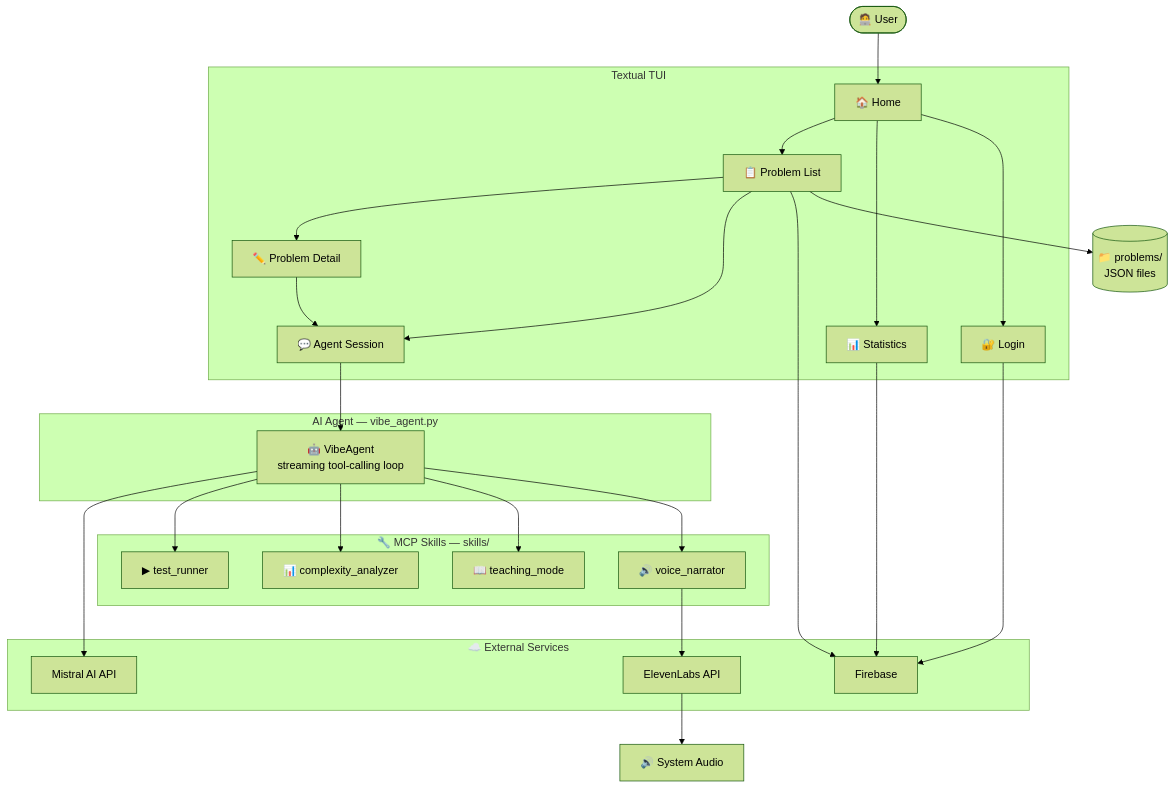
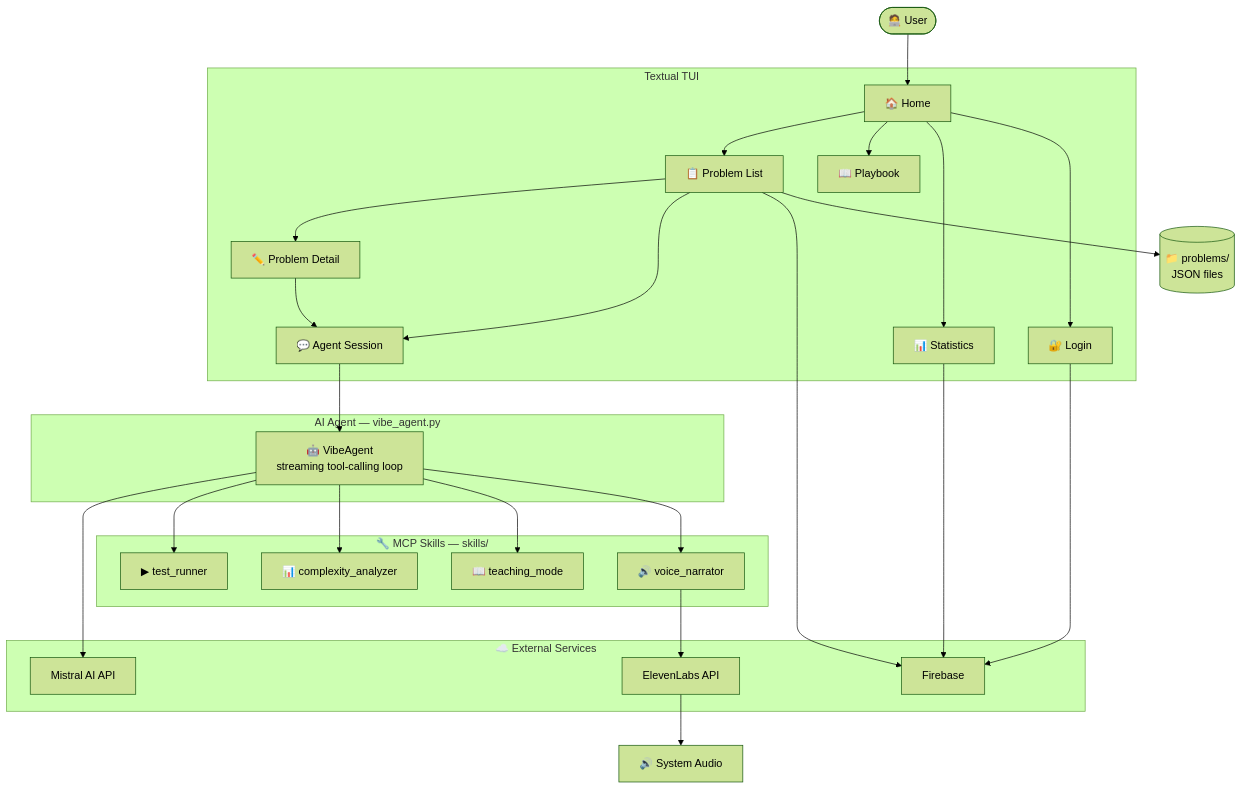
Before and after one commit to Hiba-Chaabnia/LeetVibe: the third of 7 diagrams in README.md, drawn with Mermaid (forest theme). The commit also changed other lines of this file and 70 other files, not shown here.

````diff
--- a/README.md
+++ b/README.md
@@ -224,46 +268,47 @@
 ```mermaid
 graph TD
     User(["🧑‍💻 User"])
 
     subgraph TUI["Textual TUI"]
         Home["🏠 Home"]
         ProblemList["📋 Problem List"]
         Detail["✏️ Problem Detail"]
         AgentSession["💬 Agent Session"]
+        Playbook["📖 Playbook"]
         Stats["📊 Statistics"]
         Login["🔐 Login"]
     end
 
     subgraph Agent["AI Agent — vibe_agent.py"]
         VibeAgent["🤖 VibeAgent\nstreaming tool-calling loop"]
     end
 
     subgraph Skills["🔧 MCP Skills — skills/"]
         TestRunner["▶ test_runner"]
         Complexity["📊 complexity_analyzer"]
         Teaching["📖 teaching_mode"]
         Voice["🔊 voice_narrator"]
     end
 
     subgraph External["☁️ External Services"]
         MistralAPI["Mistral AI API"]
         ElevenLabsAPI["ElevenLabs API"]
         FirestoreDB["Firebase"]
     end
 
     Problems[("📁 problems/\nJSON files")]
     Audio["🔊 System Audio"]
 
     User --> Home
-    Home --> ProblemList & Stats & Login
+    Home --> ProblemList & Playbook & Stats & Login
     ProblemList --> Detail & AgentSession
     Detail --> AgentSession
 
     AgentSession --> VibeAgent
     VibeAgent --> MistralAPI
     VibeAgent --> TestRunner & Complexity & Teaching & Voice
 
     Voice --> ElevenLabsAPI --> Audio
     Login & Stats & ProblemList --> FirestoreDB
     ProblemList --> Problems
 ```
````
